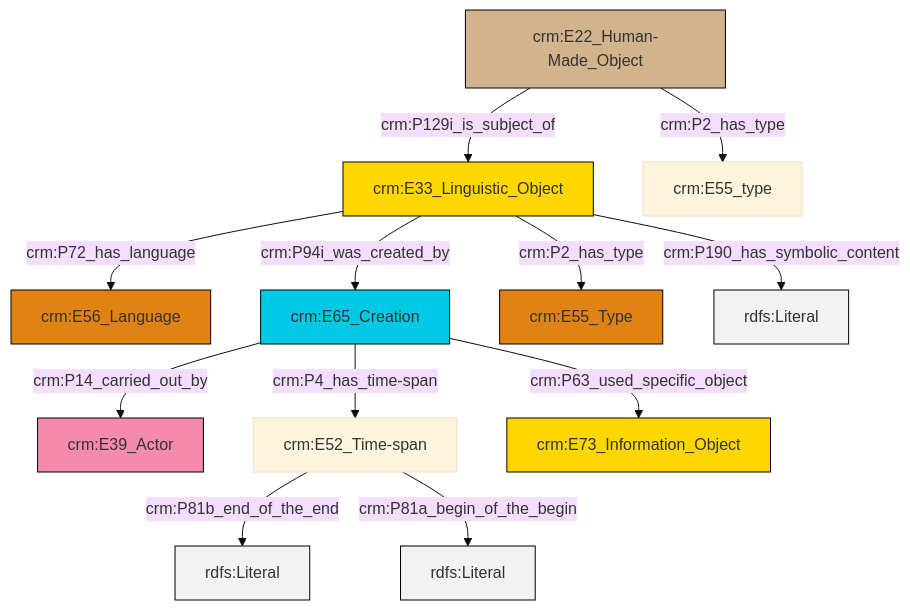
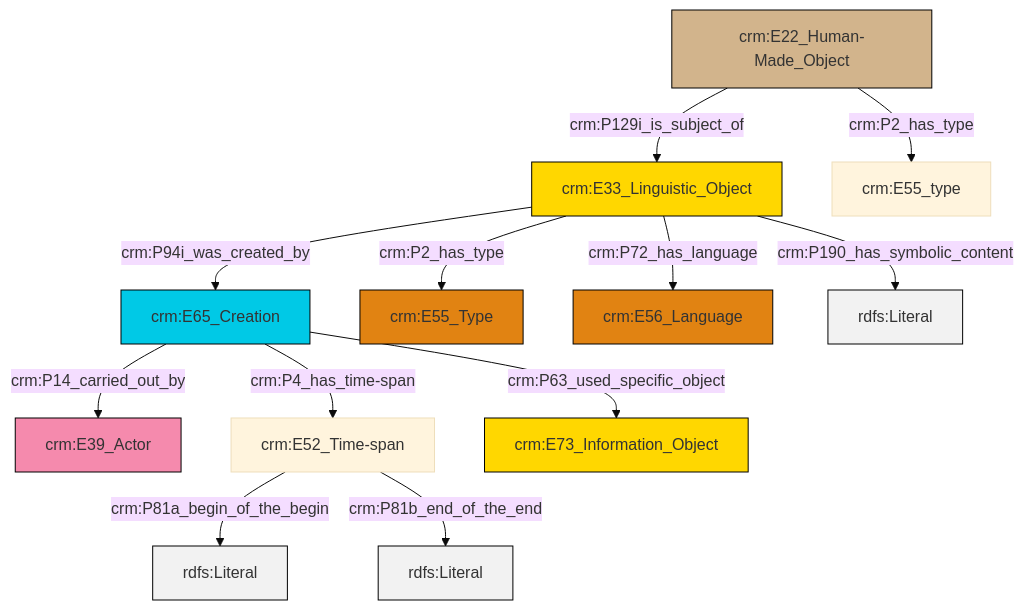
The diagram in et/artworkCSV/ttl/mmd/Artwork_Description.ttl.mmd (swiss-art-research-net/reference-data-models), drawn with Mermaid (base theme) before and after one commit. The commit also changed 151 other files, not shown here.

```diff
--- a/et/artworkCSV/ttl/mmd/Artwork_Description.ttl.mmd
+++ b/et/artworkCSV/ttl/mmd/Artwork_Description.ttl.mmd
@@ -1,26 +1,26 @@
 graph TD
 classDef Literal fill:#f2f2f2,stroke:#000000;
 classDef CRM_Entity fill:#FFFFFF,stroke:#000000;
 classDef Temporal_Entity fill:#00C9E6, stroke:#000000;
 classDef Type fill:#E18312, stroke:#000000;
 classDef Time-Span fill:#2C9C91, stroke:#000000;
 classDef Appellation fill:#FFEB7F, stroke:#000000;
 classDef Place fill:#008836, stroke:#000000;
 classDef Persistent_Item fill:#B266B2, stroke:#000000;
 classDef Conceptual_Object fill:#FFD700, stroke:#000000;
 classDef Physical_Thing fill:#D2B48C, stroke:#000000;
 classDef Actor fill:#f58aad, stroke:#000000;
 classDef PC_Classes fill:#4ce600, stroke:#000000;
 classDef Multi fill:#cccccc,stroke:#000000;
 
-0["crm:E33_Linguistic_Object"]:::Conceptual_Object -->|crm:P72_has_language| 1["crm:E56_Language"]:::Type
-2["crm:E22_Human-Made_Object"]:::Physical_Thing -->|crm:P2_has_type| 4["crm:E55_type"]:::Default
-7["crm:E65_Creation"]:::Temporal_Entity -->|crm:P14_carried_out_by| 5["crm:E39_Actor"]:::Actor
-2["crm:E22_Human-Made_Object"]:::Physical_Thing -->|crm:P129i_is_subject_of| 0["crm:E33_Linguistic_Object"]:::Conceptual_Object
-8["crm:E52_Time-span"]:::Default -->|crm:P81b_end_of_the_end| 9[rdfs:Literal]:::Literal
-0["crm:E33_Linguistic_Object"]:::Conceptual_Object -->|crm:P2_has_type| 10["crm:E55_Type"]:::Type
-7["crm:E65_Creation"]:::Temporal_Entity -->|crm:P63_used_specific_object| 11["crm:E73_Information_Object"]:::Conceptual_Object
-8["crm:E52_Time-span"]:::Default -->|crm:P81a_begin_of_the_begin| 13[rdfs:Literal]:::Literal
-7["crm:E65_Creation"]:::Temporal_Entity -->|crm:P4_has_time-span| 8["crm:E52_Time-span"]:::Default
-0["crm:E33_Linguistic_Object"]:::Conceptual_Object -->|crm:P94i_was_created_by| 7["crm:E65_Creation"]:::Temporal_Entity
-0["crm:E33_Linguistic_Object"]:::Conceptual_Object -->|crm:P190_has_symbolic_content| 17[rdfs:Literal]:::Literal
+4["crm:E33_Linguistic_Object"]:::Conceptual_Object -->|crm:P2_has_type| 2["crm:E55_Type"]:::Type
+7["crm:E22_Human-Made_Object"]:::Physical_Thing -->|crm:P129i_is_subject_of| 4["crm:E33_Linguistic_Object"]:::Conceptual_Object
+7["crm:E22_Human-Made_Object"]:::Physical_Thing -->|crm:P2_has_type| 5["crm:E55_type"]:::Default
+4["crm:E33_Linguistic_Object"]:::Conceptual_Object -->|crm:P72_has_language| 13["crm:E56_Language"]:::Type
+11["crm:E52_Time-span"]:::Default -->|crm:P81a_begin_of_the_begin| 14[rdfs:Literal]:::Literal
+0["crm:E65_Creation"]:::Temporal_Entity -->|crm:P14_carried_out_by| 9["crm:E39_Actor"]:::Actor
+4["crm:E33_Linguistic_Object"]:::Conceptual_Object -->|crm:P94i_was_created_by| 0["crm:E65_Creation"]:::Temporal_Entity
+11["crm:E52_Time-span"]:::Default -->|crm:P81b_end_of_the_end| 15[rdfs:Literal]:::Literal
+4["crm:E33_Linguistic_Object"]:::Conceptual_Object -->|crm:P190_has_symbolic_content| 17[rdfs:Literal]:::Literal
+0["crm:E65_Creation"]:::Temporal_Entity -->|crm:P63_used_specific_object| 18["crm:E73_Information_Object"]:::Conceptual_Object
+0["crm:E65_Creation"]:::Temporal_Entity -->|crm:P4_has_time-span| 11["crm:E52_Time-span"]:::Default
```
